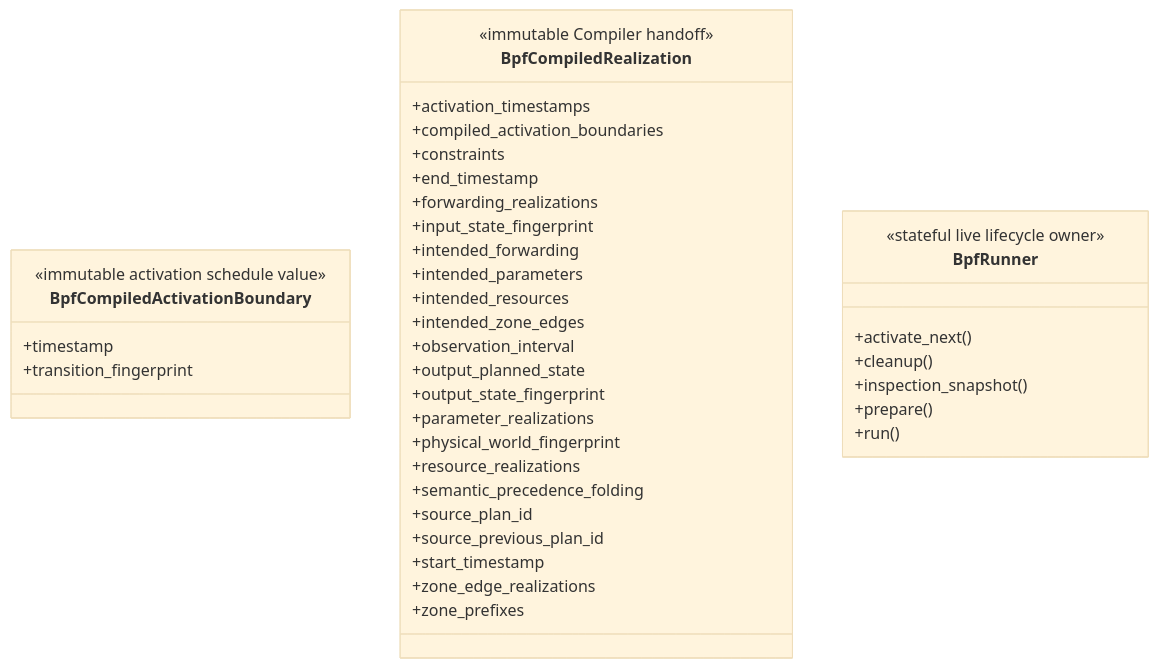
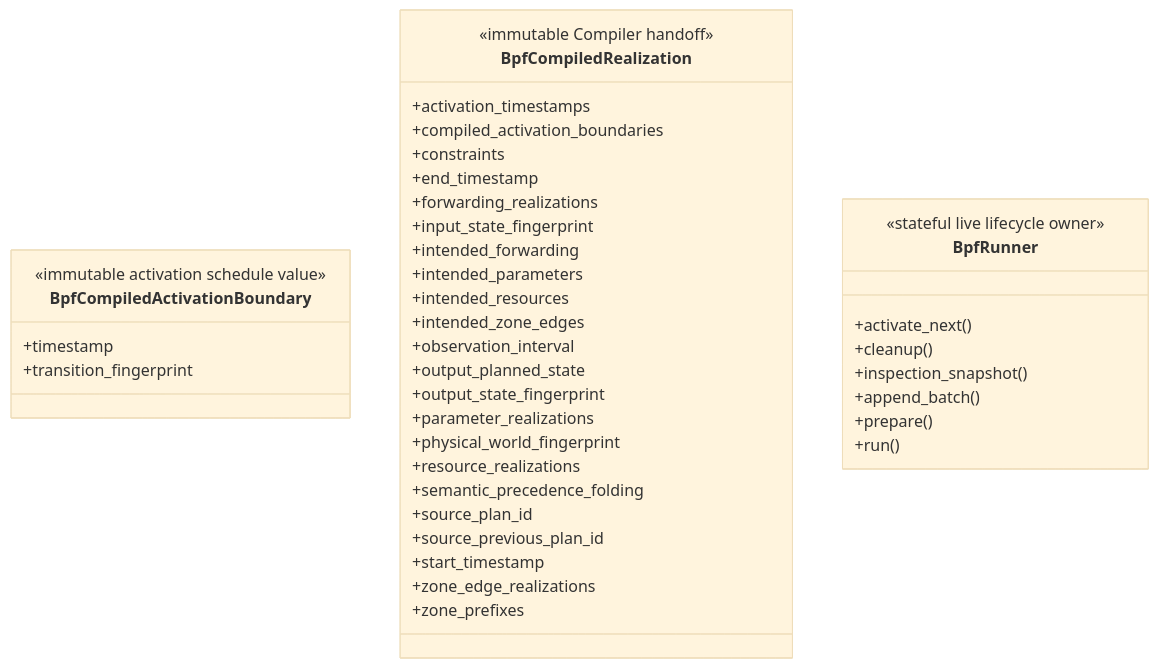
One commit to seed-labs/skyseed changed the second of 2 diagrams in skyseed_v2/src/skyseed_v2/backend/bpf/README.md. Above: the diagram before and after it, drawn with Mermaid (base theme). The commit also changed other lines of this file and 178 other files, not shown here.

````diff
--- a/skyseed_v2/src/skyseed_v2/backend/bpf/README.md
+++ b/skyseed_v2/src/skyseed_v2/backend/bpf/README.md
@@ -190,41 +217,42 @@
 ```mermaid
 classDiagram
     class BpfCompiledActivationBoundary {
         <<immutable activation schedule value>>
         +timestamp
         +transition_fingerprint
     }
     class BpfCompiledRealization {
         <<immutable Compiler handoff>>
         +activation_timestamps
         +compiled_activation_boundaries
         +constraints
         +end_timestamp
         +forwarding_realizations
         +input_state_fingerprint
         +intended_forwarding
         +intended_parameters
         +intended_resources
         +intended_zone_edges
         +observation_interval
         +output_planned_state
         +output_state_fingerprint
         +parameter_realizations
         +physical_world_fingerprint
         +resource_realizations
         +semantic_precedence_folding
         +source_plan_id
         +source_previous_plan_id
         +start_timestamp
         +zone_edge_realizations
         +zone_prefixes
     }
     class BpfRunner {
         <<stateful live lifecycle owner>>
         +activate_next()
         +cleanup()
         +inspection_snapshot()
+        +append_batch()
         +prepare()
         +run()
     }
 ```
````
